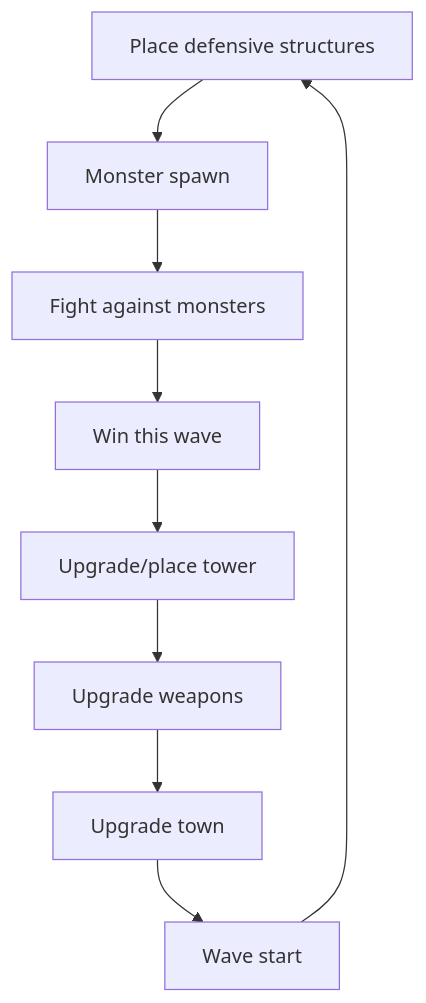
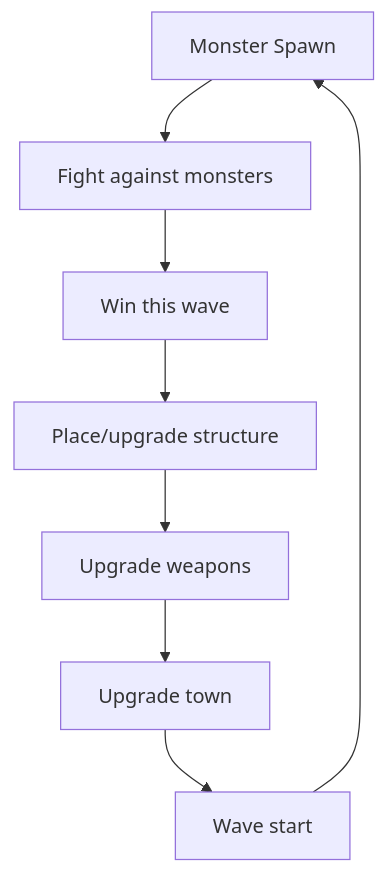
One commit to AheadAlot/CISC-486-Group-14-Project changed the first of 4 diagrams in README.md. Above: the diagram before and after it, drawn with Mermaid. The commit also changed other lines of this file, not shown here.

````diff
--- a/README.md
+++ b/README.md
@@ -20,11 +20,10 @@
 ```mermaid
 flowchart TD
-    A[Place defensive structures] -->B[Monster spawn]
-    B --> C[Fight against monsters]
+    B[Monster Spawn] --> C[Fight against monsters]
     C --> D[Win this wave]
-    D --> E[Upgrade/place tower]
+    D --> E[Place/upgrade structure]
     E --> F[Upgrade weapons]
     F --> G[Upgrade town]
     G --> H[Wave start]
-    H --> A
+    H --> B
 ```
````
